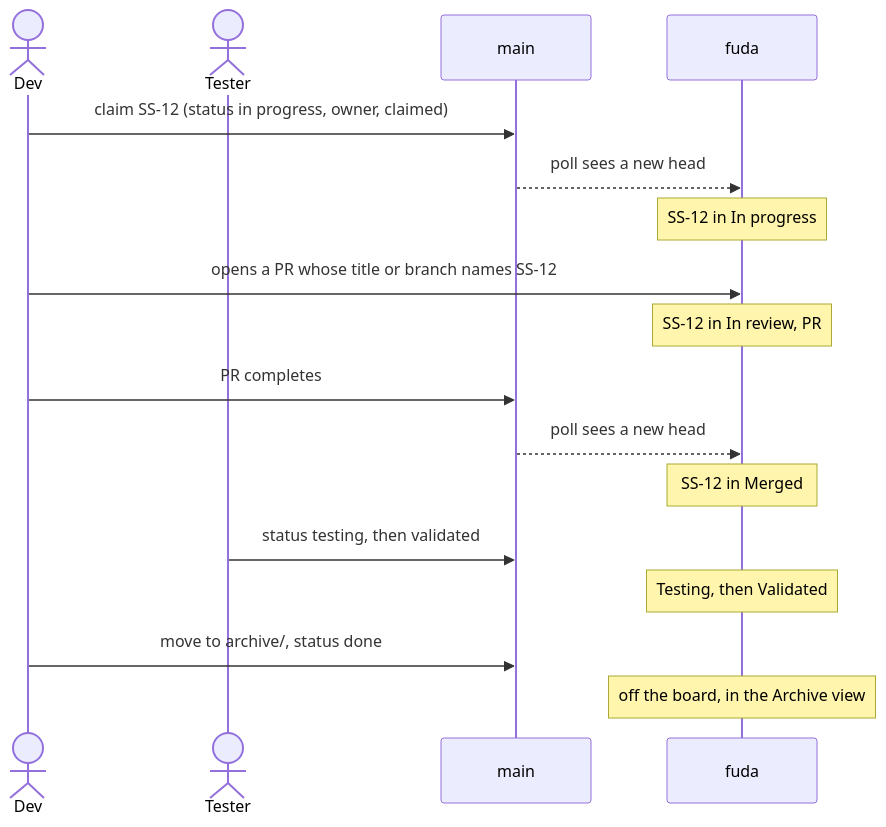
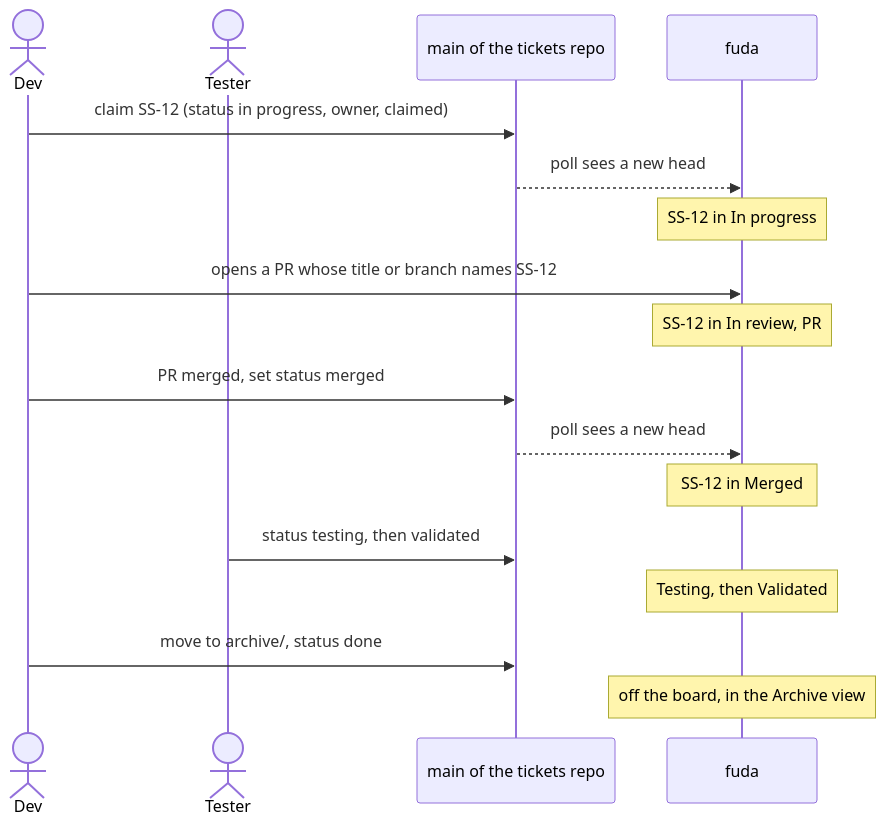
Before and after one commit to milos-sikic-nimbus-tech/fuda: the fifth of 6 diagrams in docs/architecture.md, drawn with Mermaid. The commit also changed 9 other files, not shown here.

Commit message:
Describe boards as separate tickets repos on main in the docs

````diff
--- a/docs/architecture.md
+++ b/docs/architecture.md
@@ -256,19 +256,19 @@
 ```mermaid
 sequenceDiagram
   actor Dev
   actor Tester
-  participant Develop as main
+  participant Main as main of the tickets repo
   participant Fuda as fuda
-  Dev->>Develop: claim SS-12 (status in progress, owner, claimed)
-  Develop-->>Fuda: poll sees a new head
+  Dev->>Main: claim SS-12 (status in progress, owner, claimed)
+  Main-->>Fuda: poll sees a new head
   Note over Fuda: SS-12 in In progress
   Dev->>Fuda: opens a PR whose title or branch names SS-12
   Note over Fuda: SS-12 in In review, PR #n
-  Dev->>Develop: PR completes
-  Develop-->>Fuda: poll sees a new head
+  Dev->>Main: PR merged, set status merged
+  Main-->>Fuda: poll sees a new head
   Note over Fuda: SS-12 in Merged
-  Tester->>Develop: status testing, then validated
+  Tester->>Main: status testing, then validated
   Note over Fuda: Testing, then Validated
-  Dev->>Develop: move to archive/, status done
+  Dev->>Main: move to archive/, status done
   Note over Fuda: off the board, in the Archive view
 ```
````
